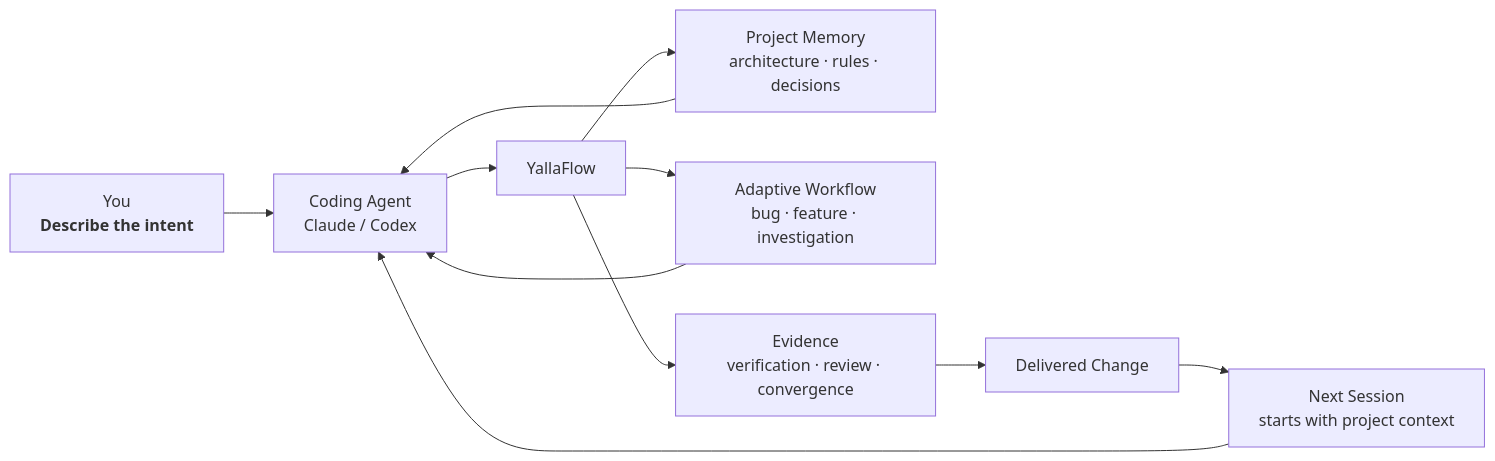
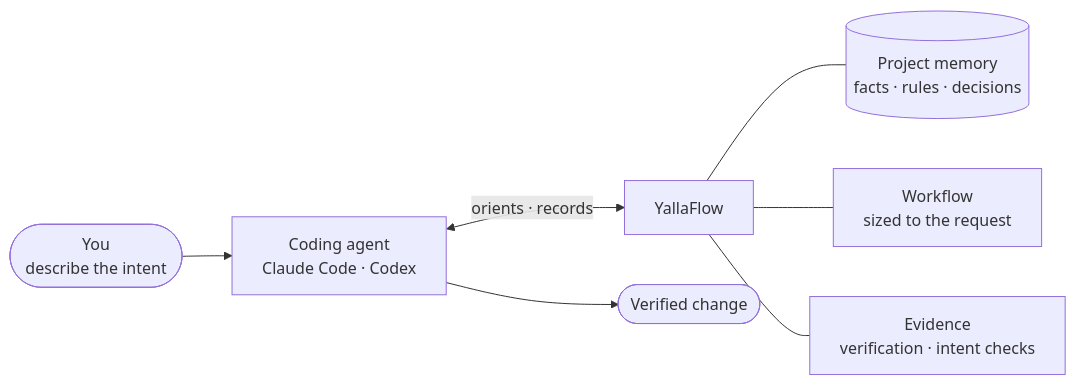
One commit to engmohamedamer/yallaflow changed the first of 3 diagrams in README.md. Above: the diagram before and after it, drawn with Mermaid. The commit also changed other lines of this file and 14 other files, not shown here.

````diff
--- a/README.md
+++ b/README.md
@@ -69,25 +44,17 @@
-~~~mermaid
+```mermaid
 flowchart LR
-    U["You<br/><b>Describe the intent</b>"]
-    A["Coding Agent<br/>Claude / Codex"]
-    Y["YallaFlow"]
+    dev(["You<br/>describe the intent"])
+    agent["Coding agent<br/>Claude Code · Codex"]
+    yf["YallaFlow"]
+    mem[("Project memory<br/>facts · rules · decisions")]
+    flow["Workflow<br/>sized to the request"]
+    ev["Evidence<br/>verification · intent checks"]
+    out(["Verified change"])
 
-    M["Project Memory<br/>architecture · rules · decisions"]
-    W["Adaptive Workflow<br/>bug · feature · investigation"]
-    E["Evidence<br/>verification · review · convergence"]
-
-    D["Delivered Change"]
-    N["Next Session<br/>starts with project context"]
-
-    U --> A
-    A --> Y
-    Y --> M
-    Y --> W
-    Y --> E
-
-    M --> A
-    W --> A
-    E --> D
-    D --> N
-    N --> A
-~~~
+    dev --> agent
+    agent <-->|"orients · records"| yf
+    yf --- mem
+    yf --- flow
+    yf --- ev
+    agent --> out
+```
````
